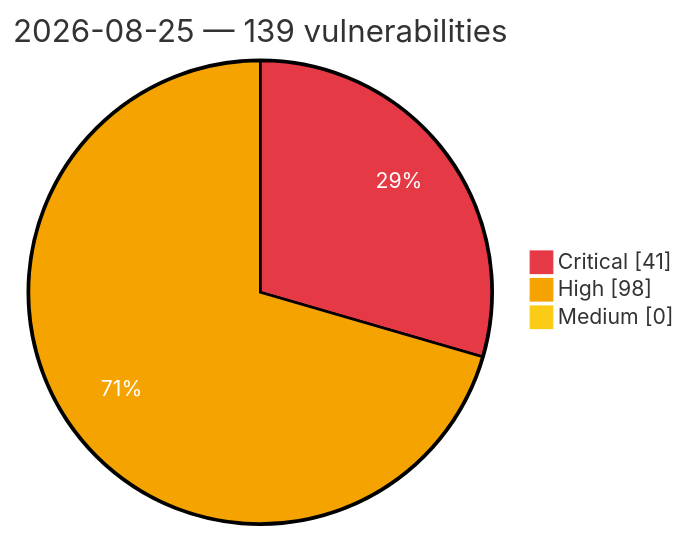
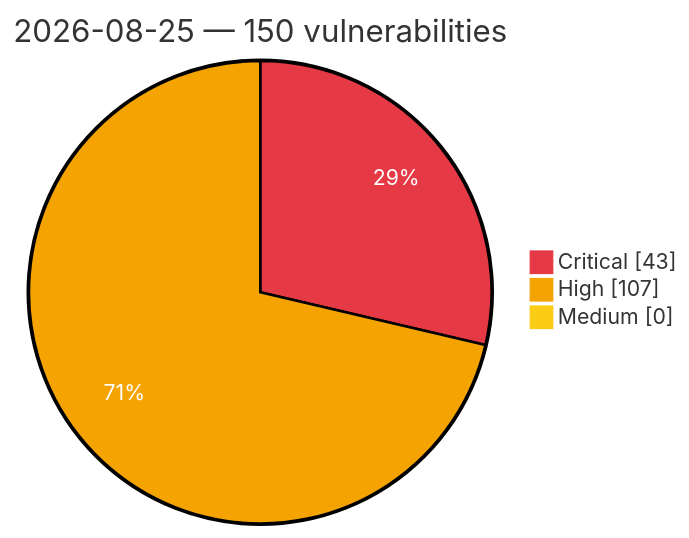
Before and after one commit to GhostX0X/vuln-tracker: the diagram in vulnerabilities/2026/August/2026-08-25.md, drawn with Mermaid. The commit also changed other lines of this file and 5 other files, not shown here.

Commit message:
Auto update: critical/high vulns (2026-08-26 01:50 UTC)

````diff
--- a/vulnerabilities/2026/August/2026-08-25.md
+++ b/vulnerabilities/2026/August/2026-08-25.md
@@ -3,8 +3,8 @@
 ```mermaid
 %%{init: {'theme':'base', 'themeVariables': {'pie1':'#e63946', 'pie2':'#f4a300', 'pie3':'#facc15', 'pieOpacity':'1', 'pieOuterStrokeWidth':'2px', 'pieSectionTextColor':'#ffffff'}}}%%
 pie showData
-    title 2026-08-25 — 139 vulnerabilities
-    "Critical" : 41
-    "High" : 98
+    title 2026-08-25 — 150 vulnerabilities
+    "Critical" : 43
+    "High" : 107
     "Medium" : 0
 ```
````
